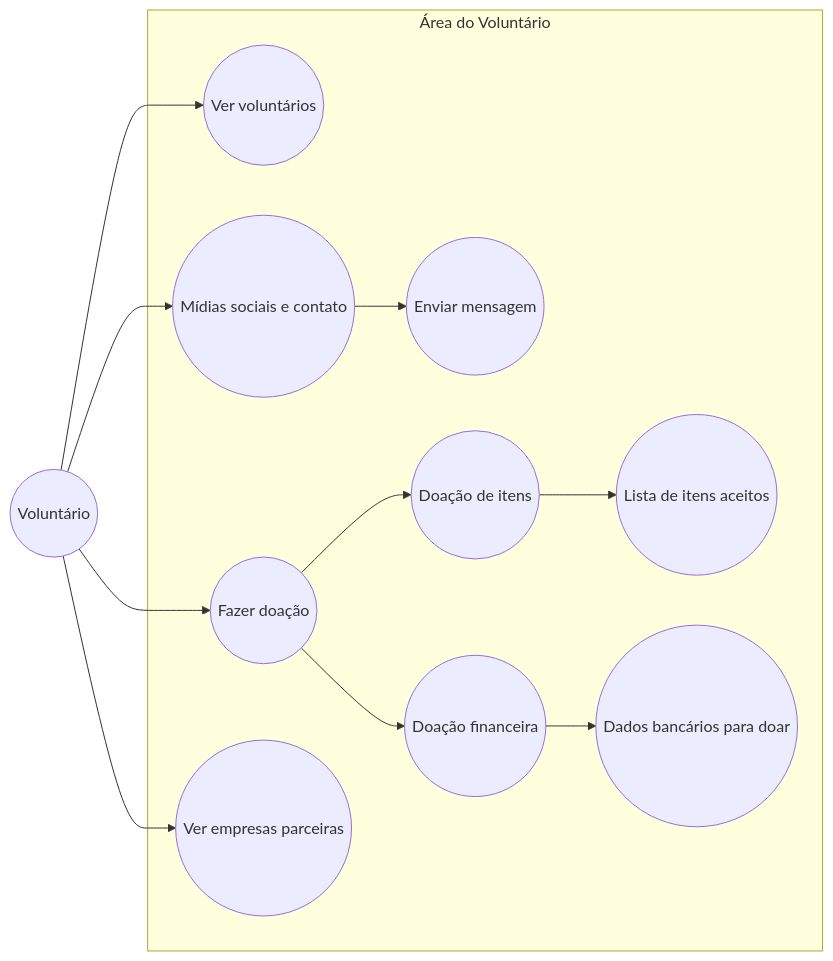
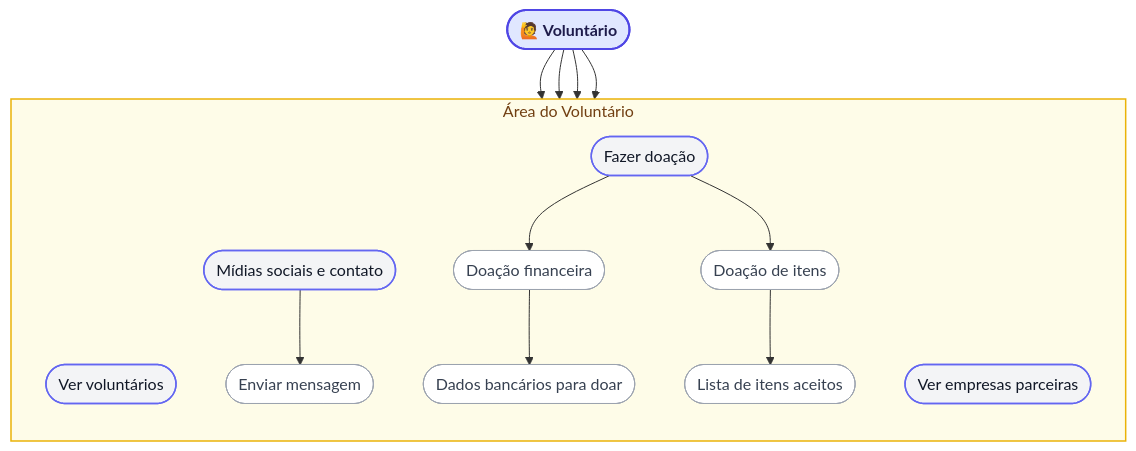
One commit to ligiaoliveira/Casa-dos-Gatos changed the second of 10 diagrams in README.md. Above: the diagram before and after it, drawn with Mermaid.

Commit message:
Update volunteer flowchart style and structure

````diff
--- a/README.md
+++ b/README.md
@@ -176,28 +176,42 @@
 ```mermaid
-flowchart LR
-    Voluntário((Voluntário))
+flowchart TD
+    %% Estilo para melhorar nitidez e visual UML
+    classDef ator fill:#e0e7ff,stroke:#4f46e5,stroke-width:2px,color:#1e1b4b,font-weight:bold;
+    classDef caso fill:#f3f4f6,stroke:#6366f1,stroke-width:1.5px,color:#111827;
+    classDef subcaso fill:#ffffff,stroke:#9ca3af,stroke-width:1px,color:#374151;
 
-    subgraph Área do Voluntário
-        UC1((Ver voluntários))
-        UC2((Mídias sociais e contato))
-        UC3((Fazer doação))
-        UC4((Enviar mensagem))
-        UC5((Doação financeira))
-        UC6((Doação de itens))
-        UC7((Lista de itens aceitos))
-        UC8((Dados bancários para doar))
-        UC9((Ver empresas parceiras))
+    Voluntario([🙋 Voluntário]):::ator
+
+    subgraph AreaVoluntario ["Área do Voluntário"]
+        direction TB
+
+        %% Coluna 1: Consulta Simples
+        UC1([Ver voluntários]):::caso
+
+        %% Coluna 2: Contato
+        UC2([Mídias sociais e contato]):::caso
+        UC2_1([Enviar mensagem]):::subcaso
+        UC2 --> UC2_1
+
+        %% Coluna 3: Doação
+        UC3([Fazer doação]):::caso
+        UC3_1([Doação financeira]):::subcaso
+        UC3_1_1([Dados bancários para doar]):::subcaso
+        UC3_2([Doação de itens]):::subcaso
+        UC3_2_1([Lista de itens aceitos]):::subcaso
+        UC3 --> UC3_1 --> UC3_1_1
+        UC3 --> UC3_2 --> UC3_2_1
+
+        %% Coluna 4: Consulta Simples
+        UC4([Ver empresas parceiras]):::caso
     end
 
-    Voluntário --> UC1
-    Voluntário --> UC2
-    Voluntário --> UC3
-    Voluntário --> UC9
+    %% Conexões do Voluntário espalhadas horizontalmente
+    Voluntario --> UC1
+    Voluntario --> UC2
+    Voluntario --> UC3
+    Voluntario --> UC4
 
-    UC2 --> UC4
-    UC3 --> UC5
-    UC3 --> UC6
-    UC5 --> UC8
-    UC6 --> UC7
-    
+    %% Estilo da caixa Área do Voluntário
+    style AreaVoluntario fill:#fefce8,stroke:#eab308,stroke-width:1.5px,color:#713f12
 ```
````
